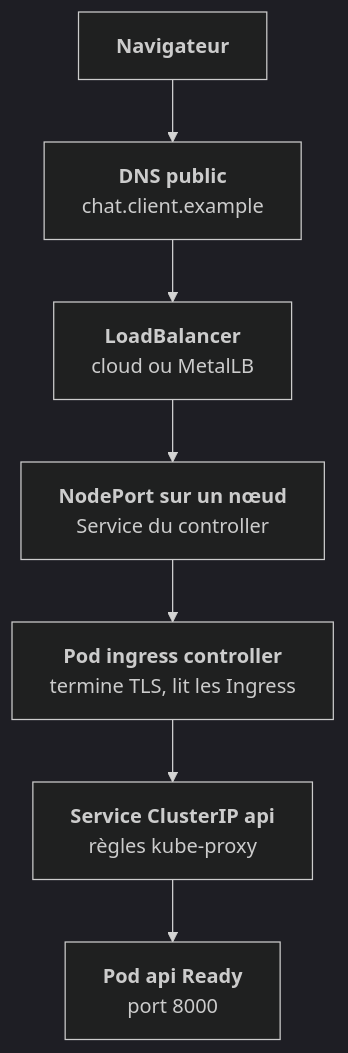
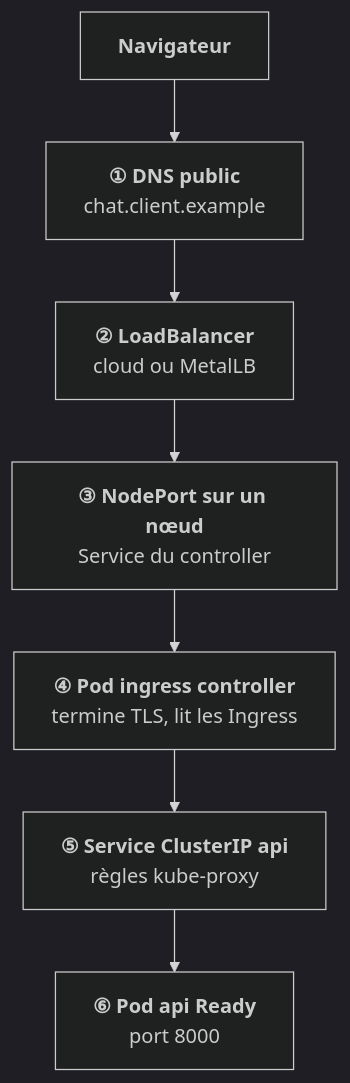
One commit to valhugnat1/cours-kube changed the first of 2 diagrams in src/content/lecons/04-reseau/08-chaine-complete.mdx. Above: the diagram before and after it, drawn with Mermaid (dark theme). The commit also changed other lines of this file and 22 other files, not shown here.

````diff
--- a/src/content/lecons/04-reseau/08-chaine-complete.mdx
+++ b/src/content/lecons/04-reseau/08-chaine-complete.mdx
@@ -39,14 +45,14 @@
 ```mermaid
 flowchart TD
   %% scene: Le nom public :: Le navigateur résout `chat.client.example` vers l'IP du LoadBalancer. :: NAV, NAV>DNS, DNS
   %% scene: Jusqu'au nœud :: Le LoadBalancer, cloud ou MetalLB, envoie vers le NodePort du Service de l'ingress controller. :: DNS>LB, LB, LB>NP, NP
   %% scene: Le controller :: Le pod de l'ingress controller termine TLS, lit les Ingress et choisit le Service selon l'hôte et le chemin. :: NP>IC, IC
   %% scene: Le Service interne :: Le Service ClusterIP `api` et ses règles kube-proxy redirigent vers un endpoint. :: IC>SVC, SVC
   %% scene: Le pod :: Un pod `api` Ready reçoit la requête sur le port 8000. Six maillons, six endroits où ça peut casser. :: SVC>POD, POD
-  NAV["<b>Navigateur</b>"] --> DNS["<b>DNS public</b><br/>chat.client.example"]
-  DNS --> LB["<b>LoadBalancer</b><br/>cloud ou MetalLB"]
-  LB --> NP["<b>NodePort sur un nœud</b><br/>Service du controller"]
-  NP --> IC["<b>Pod ingress controller</b><br/>termine TLS, lit les Ingress"]
-  IC --> SVC["<b>Service ClusterIP api</b><br/>règles kube-proxy"]
-  SVC --> POD["<b>Pod api Ready</b><br/>port 8000"]
+  NAV["<b>Navigateur</b>"]:::ext --> DNS["<b>① DNS public</b><br/>chat.client.example"]:::ext
+  DNS --> LB["<b>② LoadBalancer</b><br/>cloud ou MetalLB"]:::ext
+  LB --> NP["<b>③ NodePort sur un nœud</b><br/>Service du controller"]:::regle
+  NP --> IC["<b>④ Pod ingress controller</b><br/>termine TLS, lit les Ingress"]:::moteur
+  IC --> SVC["<b>⑤ Service ClusterIP api</b><br/>règles kube-proxy"]:::regle
+  SVC --> POD["<b>⑥ Pod api Ready</b><br/>port 8000"]:::cible
 ```
````
